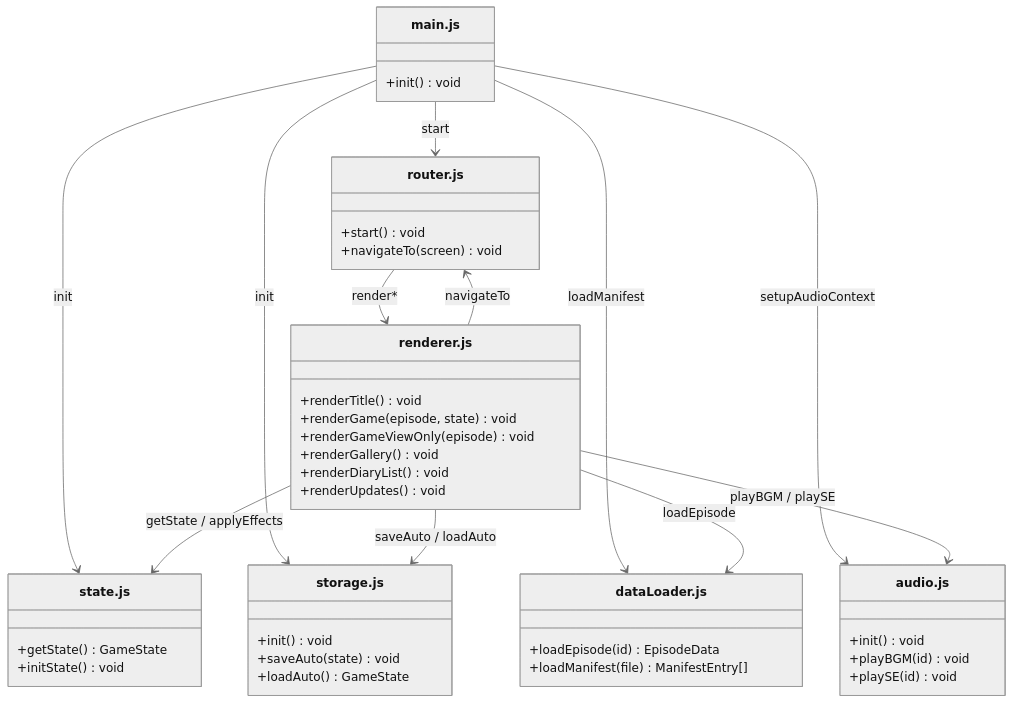
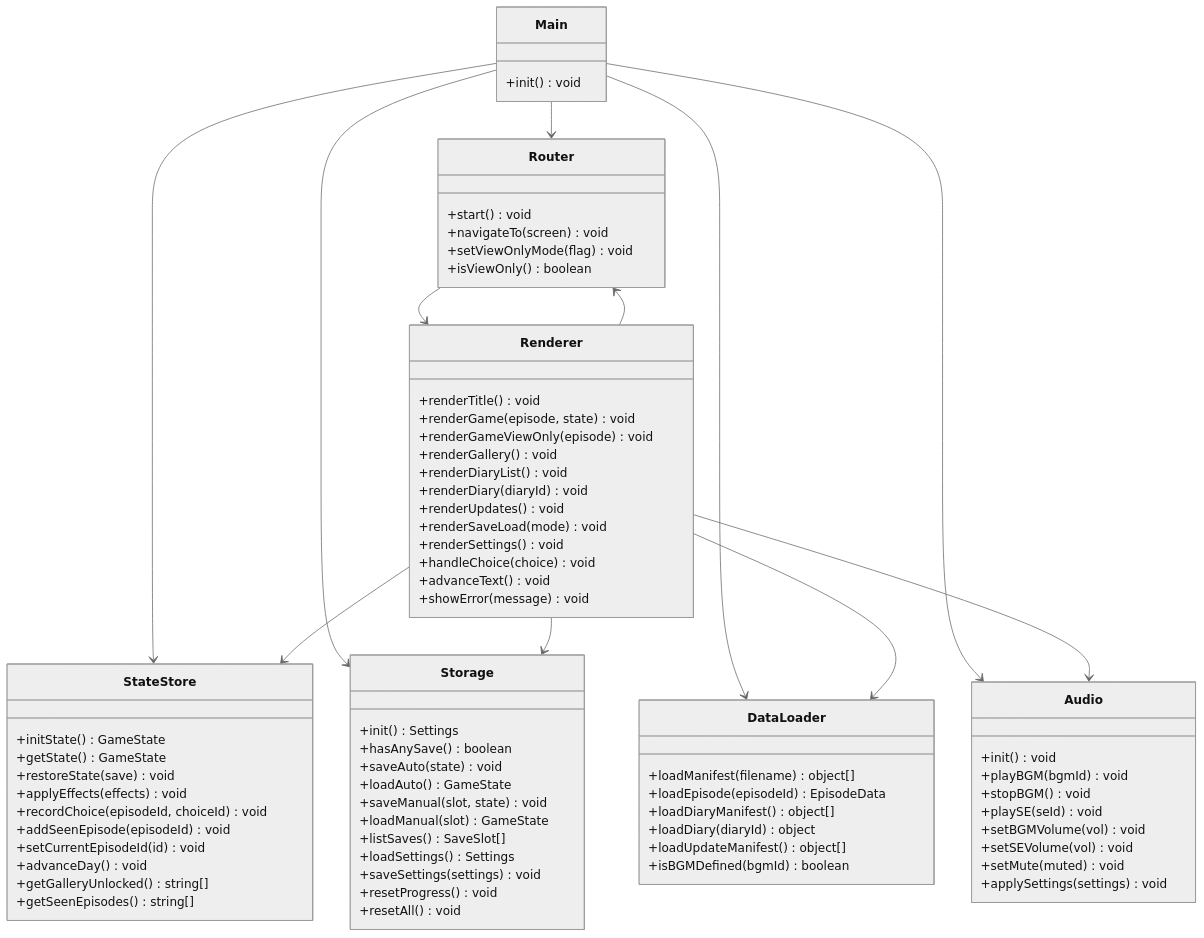
One commit to garyohosu/datingSim changed the diagram in CLASS.md. Above: the diagram before and after it, drawn with Mermaid (neutral theme). The commit also changed other lines of this file and 6 other files, not shown here.

````diff
--- a/CLASS.md
+++ b/CLASS.md
@@ -32,51 +17,90 @@
 classDiagram
     direction TB
 
-    class main["main.js"] {
+    class Main {
         +init() void
     }
-    class router["router.js"] {
+
+    class Router {
         +start() void
         +navigateTo(screen) void
+        +setViewOnlyMode(flag) void
+        +isViewOnly() boolean
     }
-    class renderer["renderer.js"] {
+
+    class Renderer {
         +renderTitle() void
         +renderGame(episode, state) void
         +renderGameViewOnly(episode) void
         +renderGallery() void
         +renderDiaryList() void
+        +renderDiary(diaryId) void
         +renderUpdates() void
+        +renderSaveLoad(mode) void
+        +renderSettings() void
+        +handleChoice(choice) void
+        +advanceText() void
+        +showError(message) void
     }
-    class stateJs["state.js"] {
+
+    class StateStore {
+        +initState() GameState
         +getState() GameState
-        +initState() void
+        +restoreState(save) void
+        +applyEffects(effects) void
+        +recordChoice(episodeId, choiceId) void
+        +addSeenEpisode(episodeId) void
+        +setCurrentEpisodeId(id) void
+        +advanceDay() void
+        +getGalleryUnlocked() string[]
+        +getSeenEpisodes() string[]
     }
-    class storageJs["storage.js"] {
-        +init() void
+
+    class Storage {
+        +init() Settings
+        +hasAnySave() boolean
         +saveAuto(state) void
         +loadAuto() GameState
-    }
-    class dataLoader["dataLoader.js"] {
-        +loadEpisode(id) EpisodeData
-        +loadManifest(file) ManifestEntry[]
-    }
-    class audioJs["audio.js"] {
-        +init() void
-        +playBGM(id) void
-        +playSE(id) void
+        +saveManual(slot, state) void
+        +loadManual(slot) GameState
+        +listSaves() SaveSlot[]
+        +loadSettings() Settings
+        +saveSettings(settings) void
+        +resetProgress() void
+        +resetAll() void
     }
 
-    main --> router        : start
-    main --> storageJs     : init
-    main --> dataLoader    : loadManifest
-    main --> audioJs       : setupAudioContext
-    main --> stateJs       : init
+    class DataLoader {
+        +loadManifest(filename) object[]
+        +loadEpisode(episodeId) EpisodeData
+        +loadDiaryManifest() object[]
+        +loadDiary(diaryId) object
+        +loadUpdateManifest() object[]
+        +isBGMDefined(bgmId) boolean
+    }
 
-    router --> renderer    : render*
+    class Audio {
+        +init() void
+        +playBGM(bgmId) void
+        +stopBGM() void
+        +playSE(seId) void
+        +setBGMVolume(vol) void
+        +setSEVolume(vol) void
+        +setMute(muted) void
+        +applySettings(settings) void
+    }
 
-    renderer --> stateJs   : getState / applyEffects
-    renderer --> storageJs : saveAuto / loadAuto
-    renderer --> dataLoader : loadEpisode
-    renderer --> audioJs   : playBGM / playSE
-    renderer --> router    : navigateTo
+    Main --> Router
+    Main --> Storage
+    Main --> DataLoader
+    Main --> Audio
+    Main --> StateStore
+
+    Router --> Renderer
+
+    Renderer --> StateStore
+    Renderer --> Storage
+    Renderer --> DataLoader
+    Renderer --> Audio
+    Renderer --> Router
 ```
````
